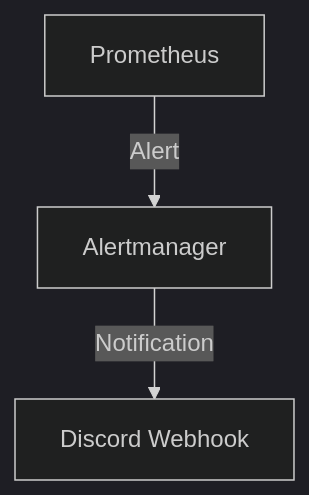
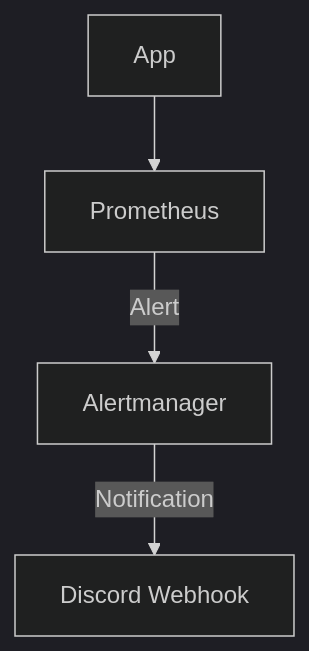
One commit to vyavasthita/oaas changed the first of 2 diagrams in observability/docs/observability-alerting.md. Above: the diagram before and after it, drawn with Mermaid (dark theme). The commit also changed other lines of this file and 3 other files, not shown here.

````diff
--- a/observability/docs/observability-alerting.md
+++ b/observability/docs/observability-alerting.md
@@ -12,5 +29,10 @@
 ```mermaid
 graph TD
-    A[Prometheus] -- Alert --> B[Alertmanager]
-    B -- Notification --> C[Discord Webhook]
+        App[App]
+        Prom[Prometheus]
+        AM[Alertmanager]
+        Discord[Discord Webhook]
+        App --> Prom
+        Prom -- Alert --> AM
+        AM -- Notification --> Discord
 ```
````
